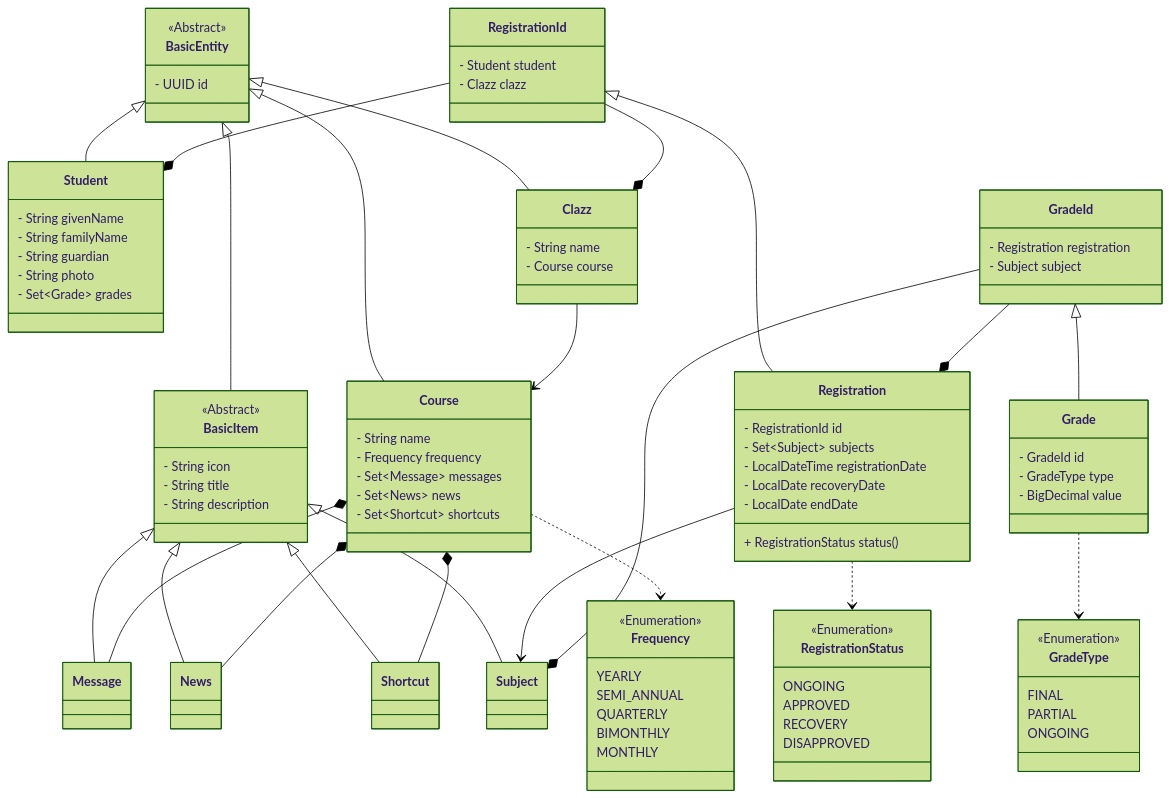
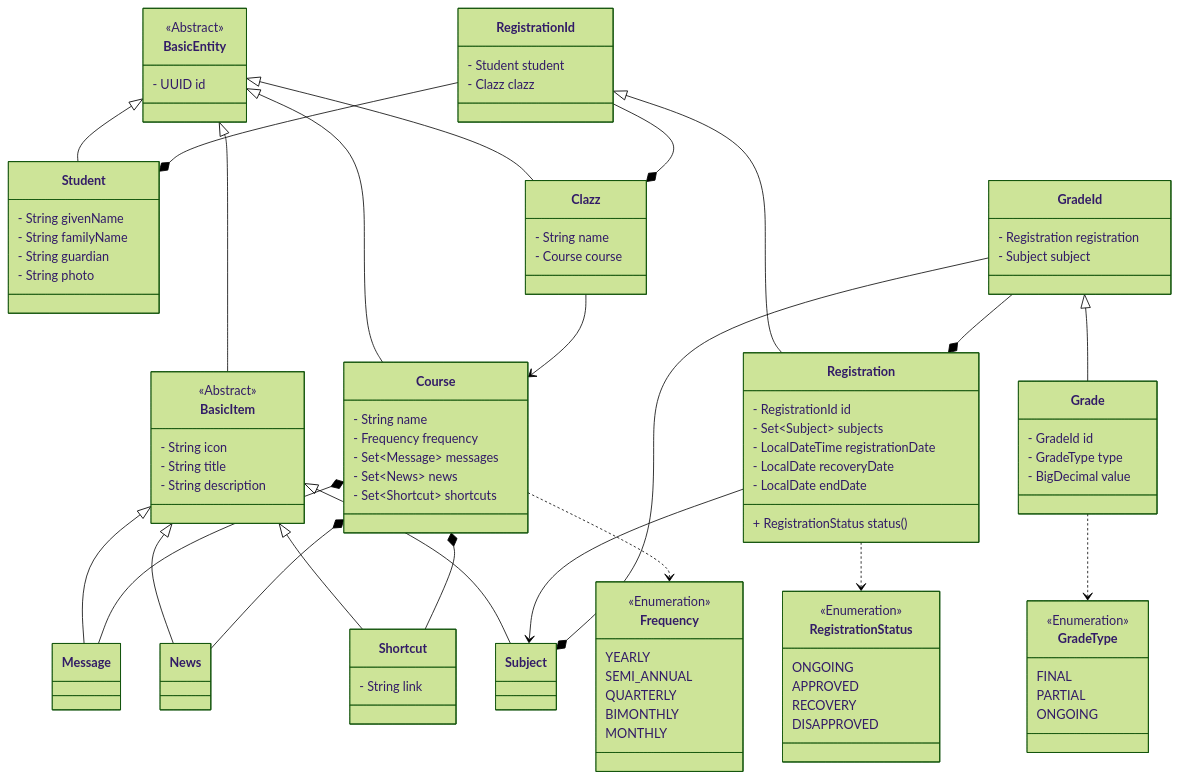
The second of 2 diagrams in README.md (didifive/ess-api), drawn with Mermaid (forest theme) before and after one commit. The commit also changed 2 other files, not shown here.

Commit message:
docs: update domains to reflect diagram

```diff
--- a/README.md
+++ b/README.md
@@ -176,7 +176,6 @@
         - String familyName
         - String guardian
         - String photo
-        - Set~Grade~ grades
     }
 
     class Course {
@@ -243,10 +242,12 @@
         PARTIAL
         ONGOING
     }
-    
+
+    class Shortcut {
+        - String link
+    }
+
     class News
-
-    class Shortcut
 
     class Subject
 
```
